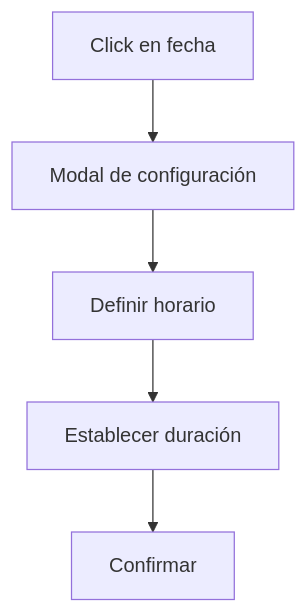
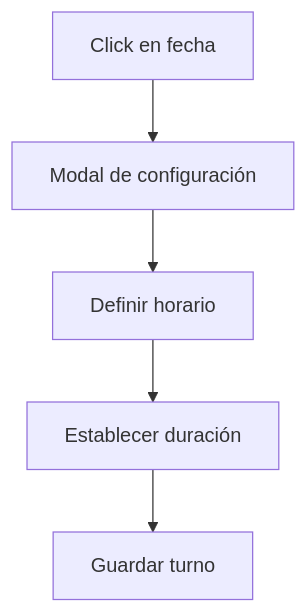
One commit to stypcanto/Citas_Medicas changed the diagram in README.md. Above: the diagram before and after it, drawn with Mermaid.

Commit message:
Mejorando mi readme

`````diff
--- a/README.md
+++ b/README.md
@@ -102,7 +102,7 @@
    ```mermaid
    graph TD
      A[Click en fecha] --> B[Modal de configuración]
      B --> C[Definir horario]
      C --> D[Establecer duración]
-     D --> E[Confirmar]
+     D --> E[Guardar turno]
      ````
`````
